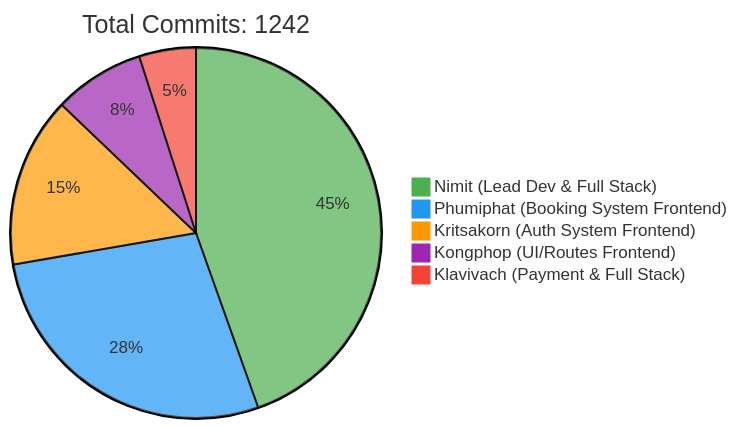
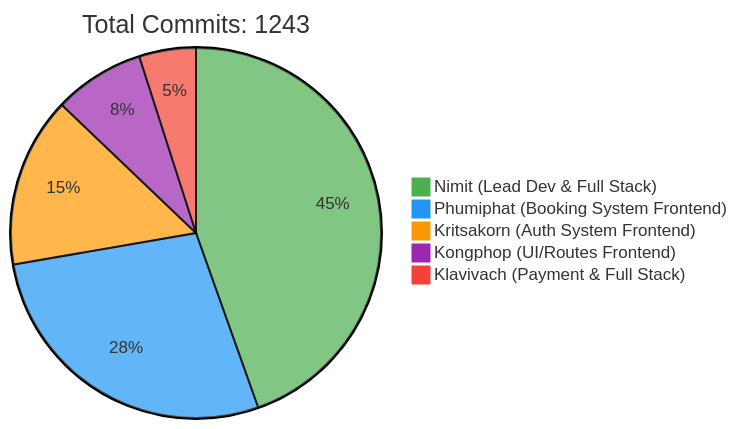
The first of 2 diagrams in README.md (6531503042/Sport-Complex), drawn with Mermaid before and after one commit. The commit also changed other lines of this file, not shown here.

Commit message:
docs: Update contributor statistics [skip ci]

````diff
--- a/README.md
+++ b/README.md
@@ -257,10 +257,10 @@
 ```mermaid
 %%{init: {'theme': 'base', 'themeVariables': { 'pie1': '#4CAF50', 'pie2': '#2196F3', 'pie3': '#FF9800', 'pie4': '#9C27B0', 'pie5': '#F44336'}}}%%
 pie
-    title Total Commits: 1242
+    title Total Commits: 1243
     "Nimit (Lead Dev & Full Stack)" : 450
     "Phumiphat (Booking System Frontend)" : 280
     "Kritsakorn (Auth System Frontend)" : 150
     "Kongphop (UI/Routes Frontend)" : 80
     "Klavivach (Payment & Full Stack)" : 50
 ```
````
